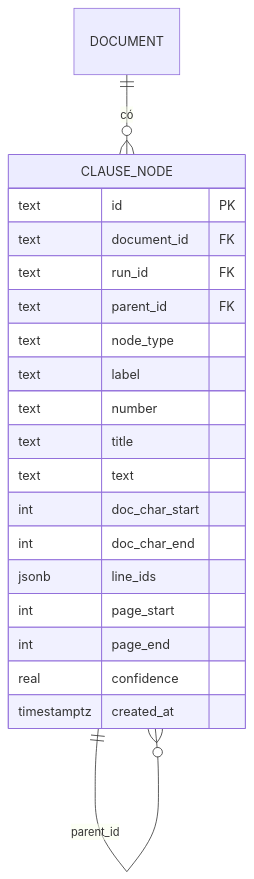
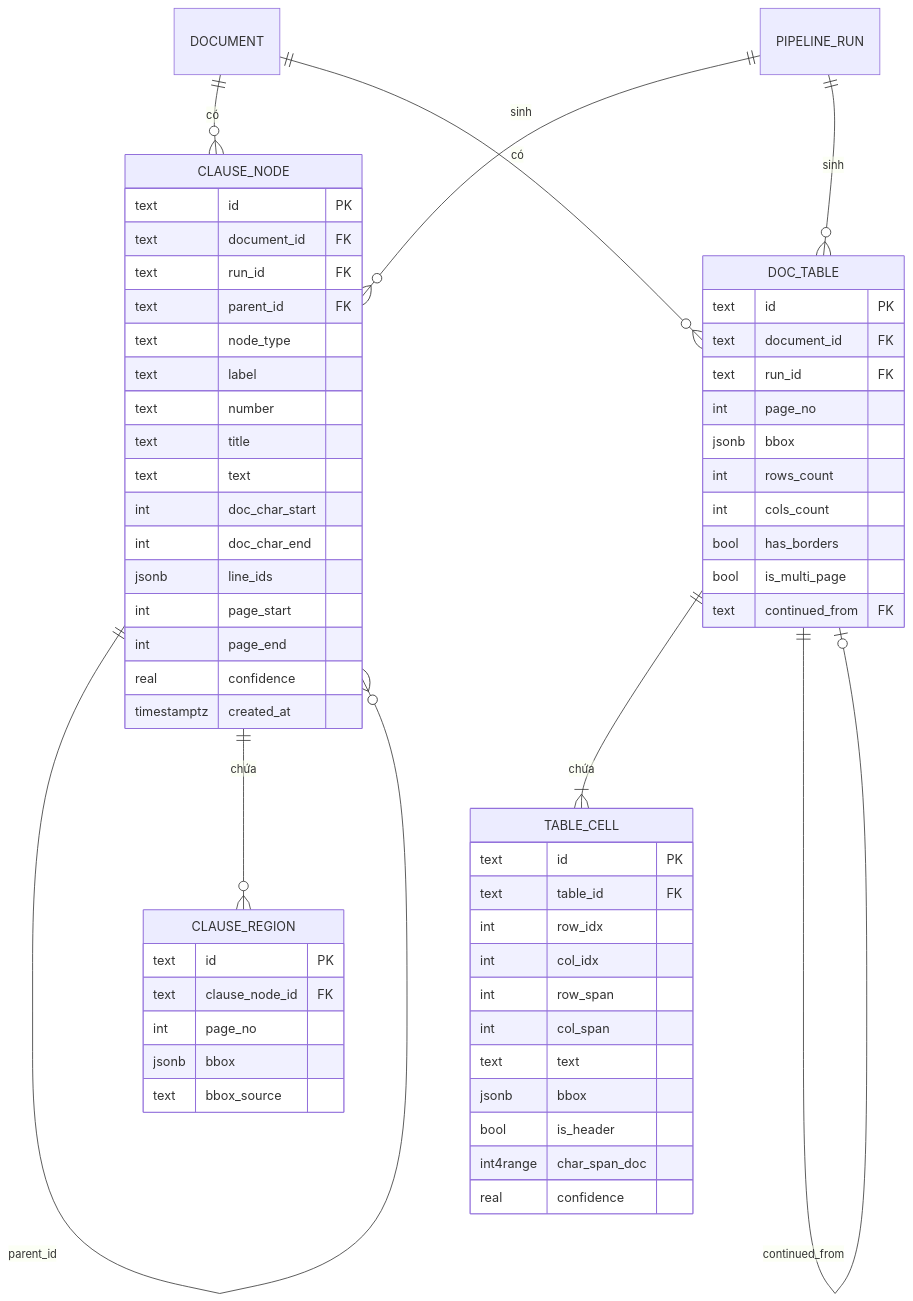
Before and after one commit to AI20K-VGR/contract-intelligence-core: the fifth of 10 diagrams in docs/DOC-04c-database-erd.md, drawn with Mermaid. The commit also changed other lines of this file and 5 other files, not shown here.

First line of the commit message:
docs: sync architecture, schema, api spec, and fe-be contract with semver

````diff
--- a/docs/DOC-04c-database-erd.md
+++ b/docs/DOC-04c-database-erd.md
@@ -573,24 +656,63 @@
 ```mermaid
 erDiagram
     DOCUMENT ||--o{ CLAUSE_NODE : "có"
-    CLAUSE_NODE ||--o{ CLAUSE_NODE : "parent_id"
+    DOCUMENT ||--o{ DOC_TABLE   : "có"
+    PIPELINE_RUN ||--o{ CLAUSE_NODE : "sinh"
+    PIPELINE_RUN ||--o{ DOC_TABLE   : "sinh"
+
+    CLAUSE_NODE ||--o{ CLAUSE_NODE   : "parent_id"
+    CLAUSE_NODE ||--o{ CLAUSE_REGION : "chứa"
+    DOC_TABLE   ||--|{ TABLE_CELL    : "chứa"
+    DOC_TABLE   ||--o| DOC_TABLE     : "continued_from"
 
     CLAUSE_NODE {
         text id PK
         text document_id FK
         text run_id FK
         text parent_id FK
         text node_type
         text label
         text number
         text title
         text text
         int doc_char_start
         int doc_char_end
         jsonb line_ids
         int page_start
         int page_end
         real confidence
         timestamptz created_at
     }
+    CLAUSE_REGION {
+        text id PK
+        text clause_node_id FK
+        int page_no
+        jsonb bbox
+        text bbox_source
+    }
+    DOC_TABLE {
+        text id PK
+        text document_id FK
+        text run_id FK
+        int page_no
+        jsonb bbox
+        int rows_count
+        int cols_count
+        bool has_borders
+        bool is_multi_page
+        text continued_from FK
+    }
+    TABLE_CELL {
+        text id PK
+        text table_id FK
+        int row_idx
+        int col_idx
+        int row_span
+        int col_span
+        text text
+        jsonb bbox
+        bool is_header
+        int4range char_span_doc
+        real confidence
+    }
 ```
````
